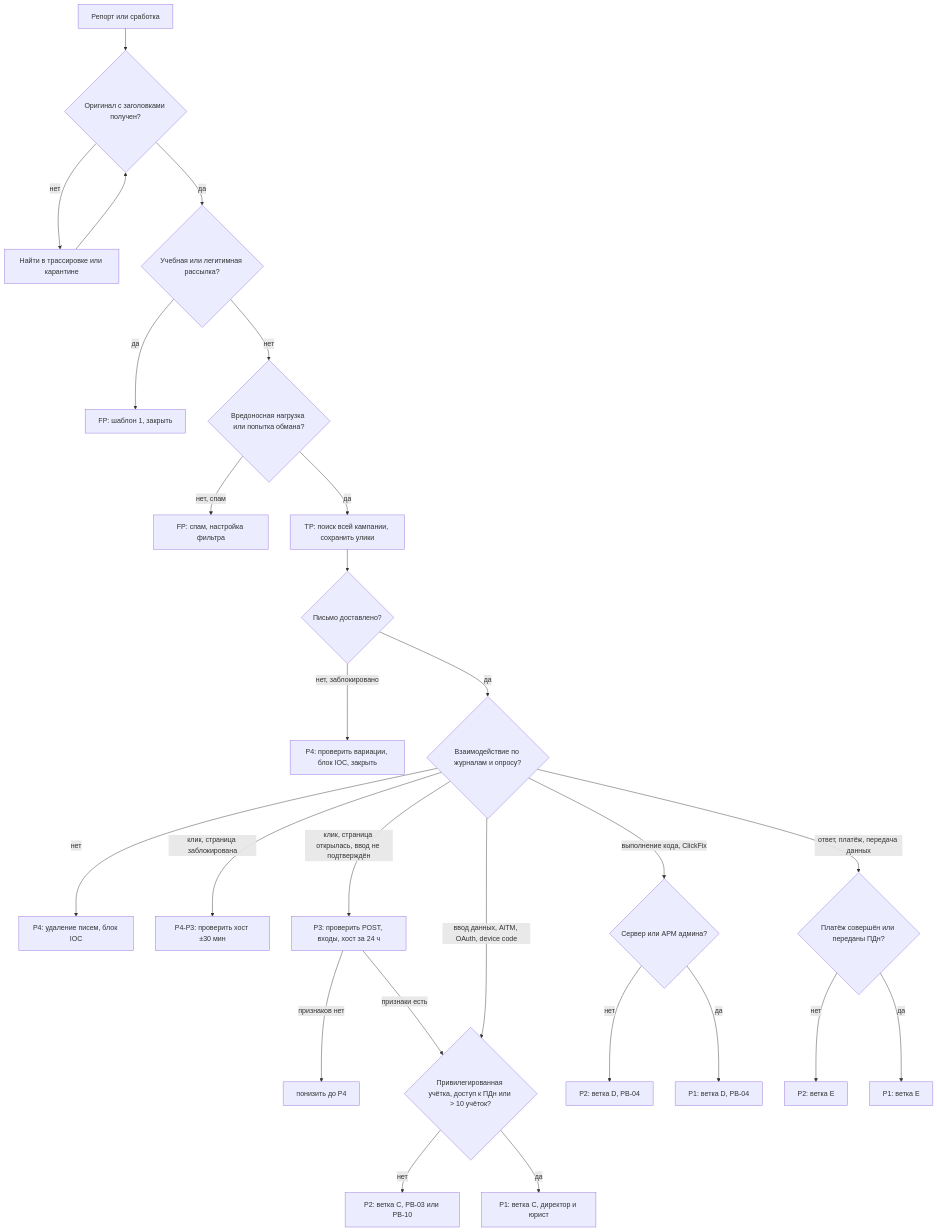
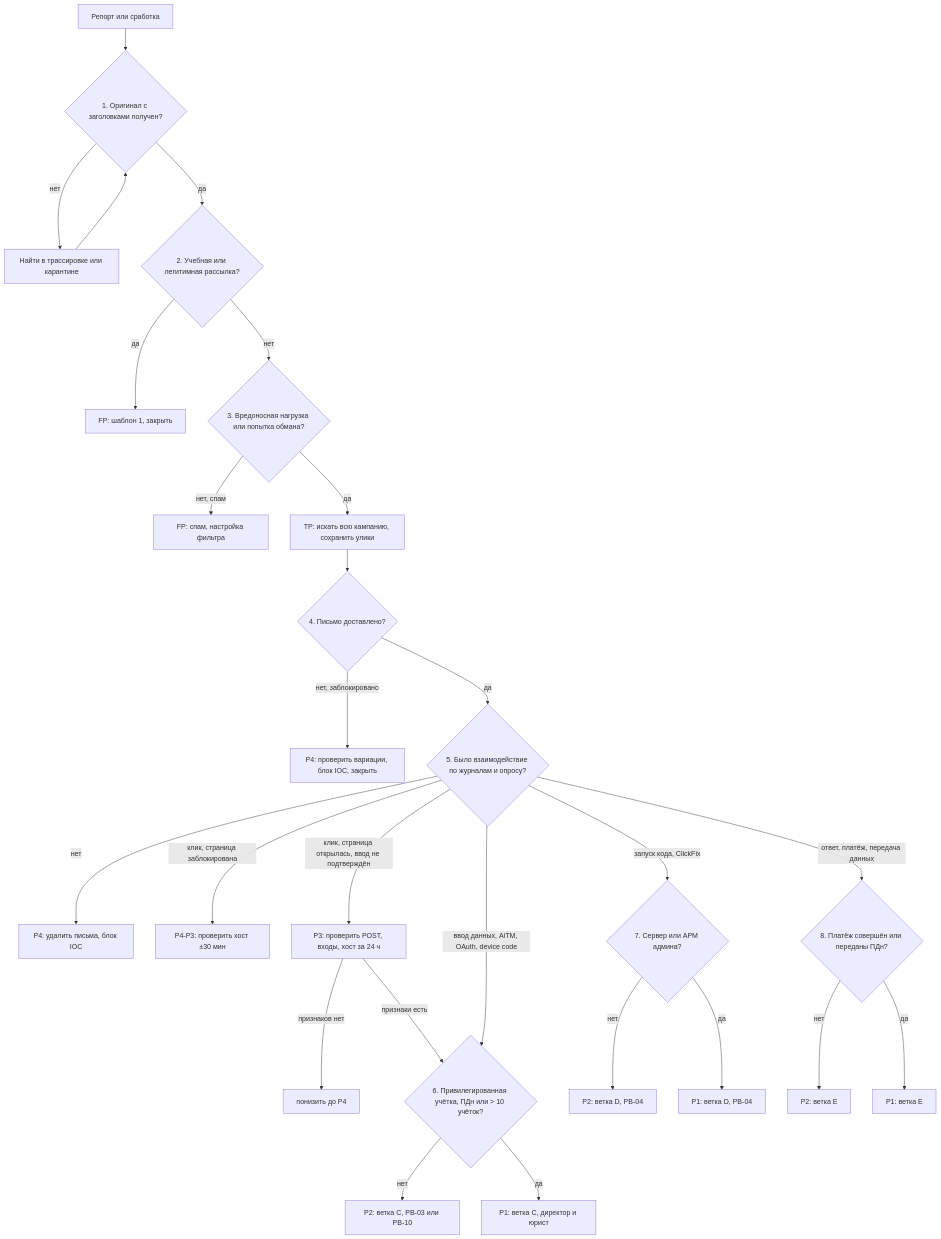
One commit to vehpbkrby/security-playbook changed the diagram in playbooks/PB-01-phishing.md. Above: the diagram before and after it, drawn with Mermaid. The commit also changed other lines of this file, not shown here.

````diff
--- a/playbooks/PB-01-phishing.md
+++ b/playbooks/PB-01-phishing.md
@@ -153,27 +144,27 @@
 ```mermaid
 flowchart TD
-  R[Репорт или сработка] --> O{Оригинал с заголовками получен?}
+  R[Репорт или сработка] --> O{1. Оригинал с заголовками получен?}
   O -- нет --> OT[Найти в трассировке или карантине] --> O
-  O -- да --> T{Учебная или легитимная рассылка?}
+  O -- да --> T{2. Учебная или легитимная рассылка?}
   T -- да --> FP1[FP: шаблон 1, закрыть]
-  T -- нет --> C{Вредоносная нагрузка или попытка обмана?}
+  T -- нет --> C{3. Вредоносная нагрузка или попытка обмана?}
   C -- нет, спам --> FP2[FP: спам, настройка фильтра]
-  C -- да --> S[TP: поиск всей кампании, сохранить улики]
-  S --> D{Письмо доставлено?}
+  C -- да --> S[TP: искать всю кампанию, сохранить улики]
+  S --> D{4. Письмо доставлено?}
   D -- нет, заблокировано --> P4a[P4: проверить вариации, блок IOC, закрыть]
-  D -- да --> I{Взаимодействие по журналам и опросу?}
-  I -- нет --> P4b[P4: удаление писем, блок IOC]
+  D -- да --> I{5. Было взаимодействие по журналам и опросу?}
+  I -- нет --> P4b[P4: удалить письма, блок IOC]
   I -- клик, страница заблокирована --> P4c[P4-P3: проверить хост ±30 мин]
   I -- клик, страница открылась, ввод не подтверждён --> P3[P3: проверить POST, входы, хост за 24 ч]
   P3 -- признаков нет --> P4d[понизить до P4]
   P3 -- признаки есть --> CR
-  I -- ввод данных, AiTM, OAuth, device code --> CR{Привилегированная учётка, доступ к ПДн или > 10 учёток?}
+  I -- ввод данных, AiTM, OAuth, device code --> CR{6. Привилегированная учётка, ПДн или > 10 учёток?}
   CR -- нет --> P2c[P2: ветка C, PB-03 или PB-10]
   CR -- да --> P1c[P1: ветка C, директор и юрист]
-  I -- выполнение кода, ClickFix --> X{Сервер или АРМ админа?}
+  I -- запуск кода, ClickFix --> X{7. Сервер или АРМ админа?}
   X -- нет --> P2x[P2: ветка D, PB-04]
   X -- да --> P1x[P1: ветка D, PB-04]
-  I -- ответ, платёж, передача данных --> B{Платёж совершён или переданы ПДн?}
+  I -- ответ, платёж, передача данных --> B{8. Платёж совершён или переданы ПДн?}
   B -- нет --> P2b[P2: ветка E]
   B -- да --> P1b[P1: ветка E]
 ```
````
